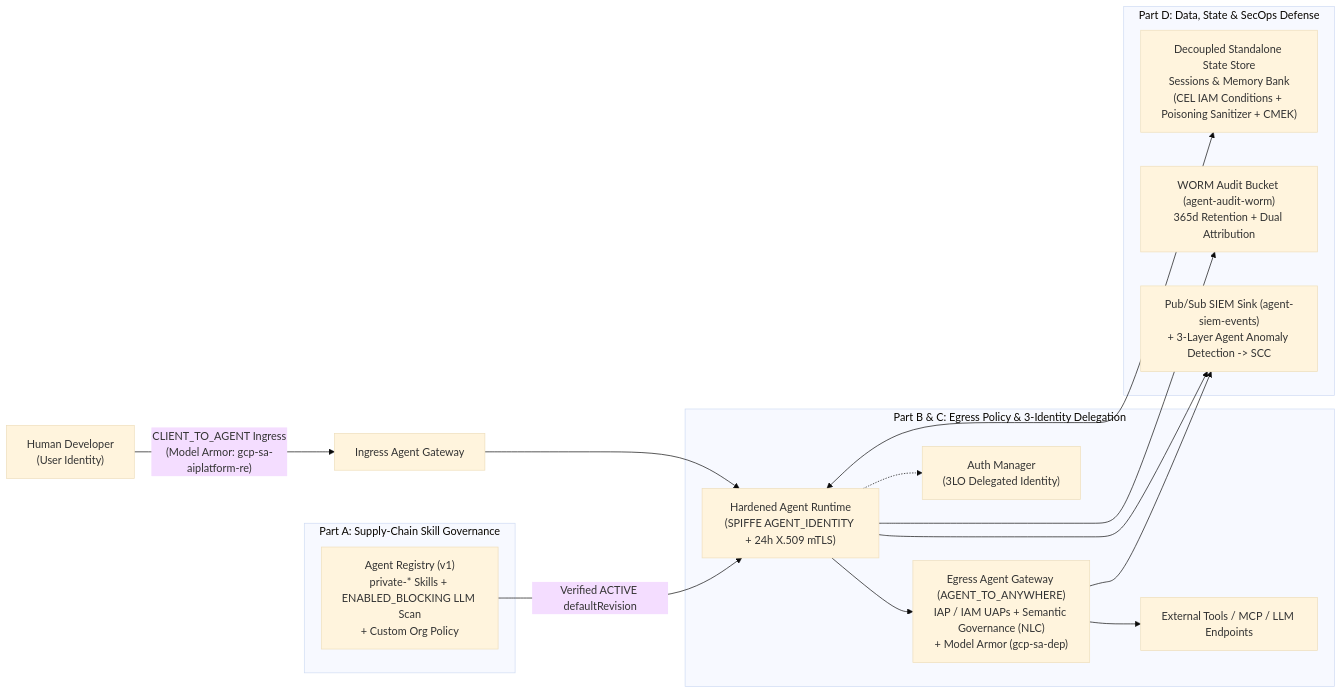
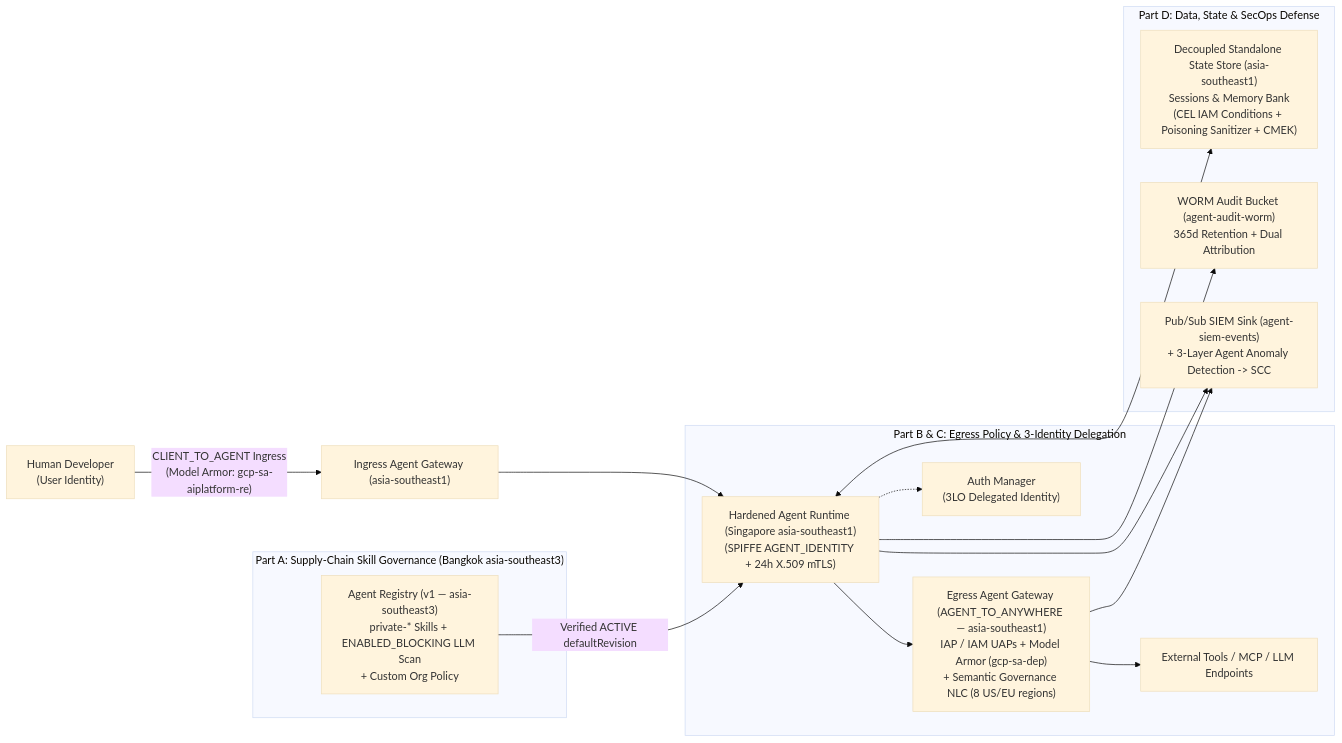
Before and after one commit to jiratouchmhp/coding-agent-workshop: the diagram in workshop/07-LAB-OPTIONAL-SECURITY-AND-GOVERNANCE.md, drawn with Mermaid (base theme). The commit also changed other lines of this file and 80 other files, not shown here.

Commit message:
Add Bangkok (asia-southeast3) + Singapore (asia-southeast1) regional config, first-class no-Docker attendee support, and end-to-end attendee validation fixes

````diff
--- a/workshop/07-LAB-OPTIONAL-SECURITY-AND-GOVERNANCE.md
+++ b/workshop/07-LAB-OPTIONAL-SECURITY-AND-GOVERNANCE.md
@@ -29,30 +29,30 @@
 ```mermaid
 flowchart LR
-    User["Human Developer<br/>(User Identity)"] -->|"CLIENT_TO_AGENT Ingress<br/>(Model Armor: gcp-sa-aiplatform-re)"| InGW["Ingress Agent Gateway"]
-    InGW --> RT["Hardened Agent Runtime<br/>(SPIFFE AGENT_IDENTITY + 24h X.509 mTLS)"]
+    User["Human Developer<br/>(User Identity)"] -->|"CLIENT_TO_AGENT Ingress<br/>(Model Armor: gcp-sa-aiplatform-re)"| InGW["Ingress Agent Gateway (asia-southeast1)"]
+    InGW --> RT["Hardened Agent Runtime (Singapore asia-southeast1)<br/>(SPIFFE AGENT_IDENTITY + 24h X.509 mTLS)"]
 
-    subgraph SUPPLY["Part A: Supply-Chain Skill Governance"]
-        AReg["Agent Registry (v1)<br/>private-* Skills + ENABLED_BLOCKING LLM Scan<br/>+ Custom Org Policy"]
+    subgraph SUPPLY["Part A: Supply-Chain Skill Governance (Bangkok asia-southeast3)"]
+        AReg["Agent Registry (v1 — asia-southeast3)<br/>private-* Skills + ENABLED_BLOCKING LLM Scan<br/>+ Custom Org Policy"]
     end
 
     subgraph EGRESS["Part B & C: Egress Policy & 3-Identity Delegation"]
-        EgGW["Egress Agent Gateway (AGENT_TO_ANYWHERE)<br/>IAP / IAM UAPs + Semantic Governance (NLC)<br/>+ Model Armor (gcp-sa-dep)"]
+        EgGW["Egress Agent Gateway (AGENT_TO_ANYWHERE — asia-southeast1)<br/>IAP / IAM UAPs + Model Armor (gcp-sa-dep)<br/>+ Semantic Governance NLC (8 US/EU regions)"]
         AuthMgr["Auth Manager<br/>(3LO Delegated Identity)"]
         Tools["External Tools / MCP / LLM Endpoints"]
         RT --> EgGW
         RT -.-> AuthMgr
         EgGW --> Tools
     end
 
     subgraph DATA["Part D: Data, State & SecOps Defense"]
-        State["Decoupled Standalone State Store<br/>Sessions & Memory Bank<br/>(CEL IAM Conditions + Poisoning Sanitizer + CMEK)"]
+        State["Decoupled Standalone State Store (asia-southeast1)<br/>Sessions & Memory Bank<br/>(CEL IAM Conditions + Poisoning Sanitizer + CMEK)"]
         WORM["WORM Audit Bucket (agent-audit-worm)<br/>365d Retention + Dual Attribution"]
         SIEM["Pub/Sub SIEM Sink (agent-siem-events)<br/>+ 3-Layer Agent Anomaly Detection -> SCC"]
         RT <--> State
         RT --> WORM
         RT --> SIEM
         EgGW --> SIEM
     end
 
     AReg -->|"Verified ACTIVE defaultRevision"| RT
 ```
````
